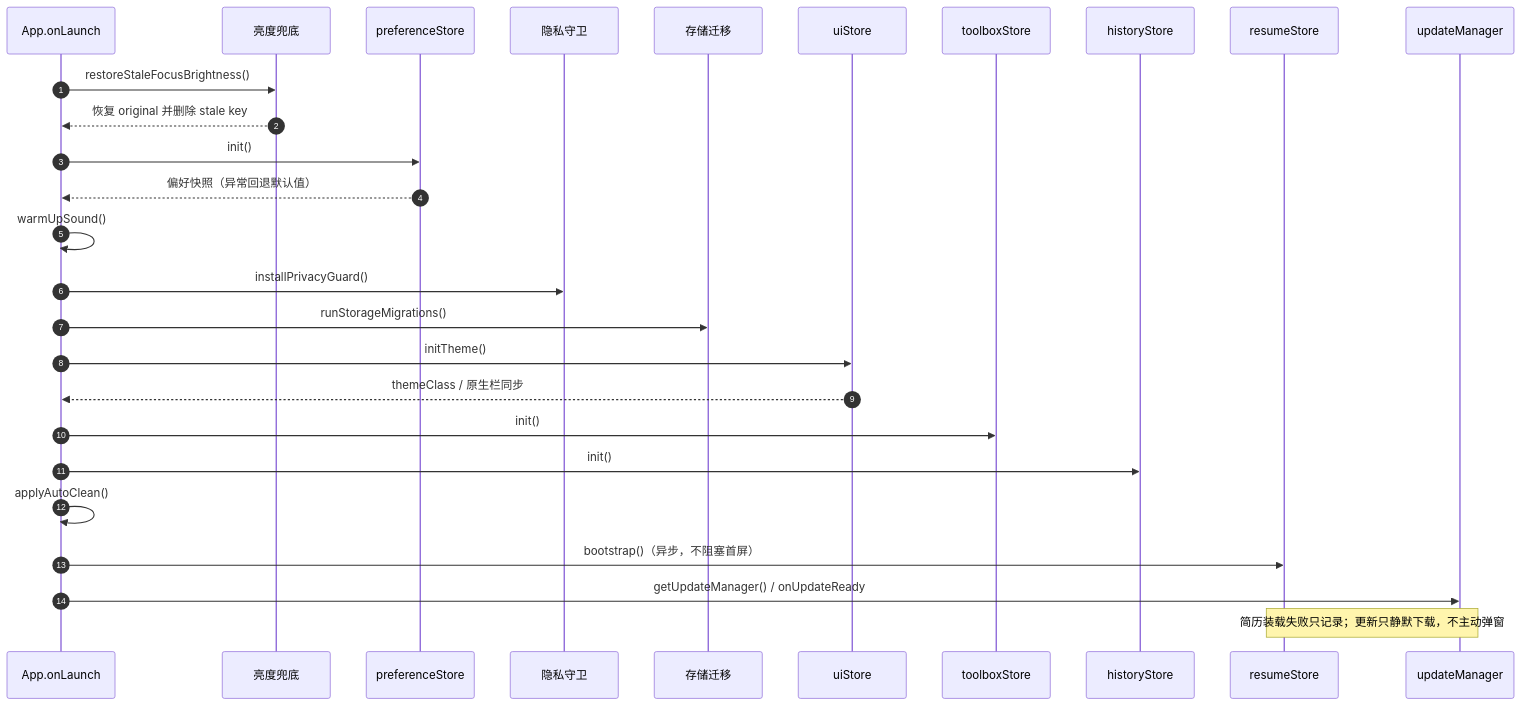
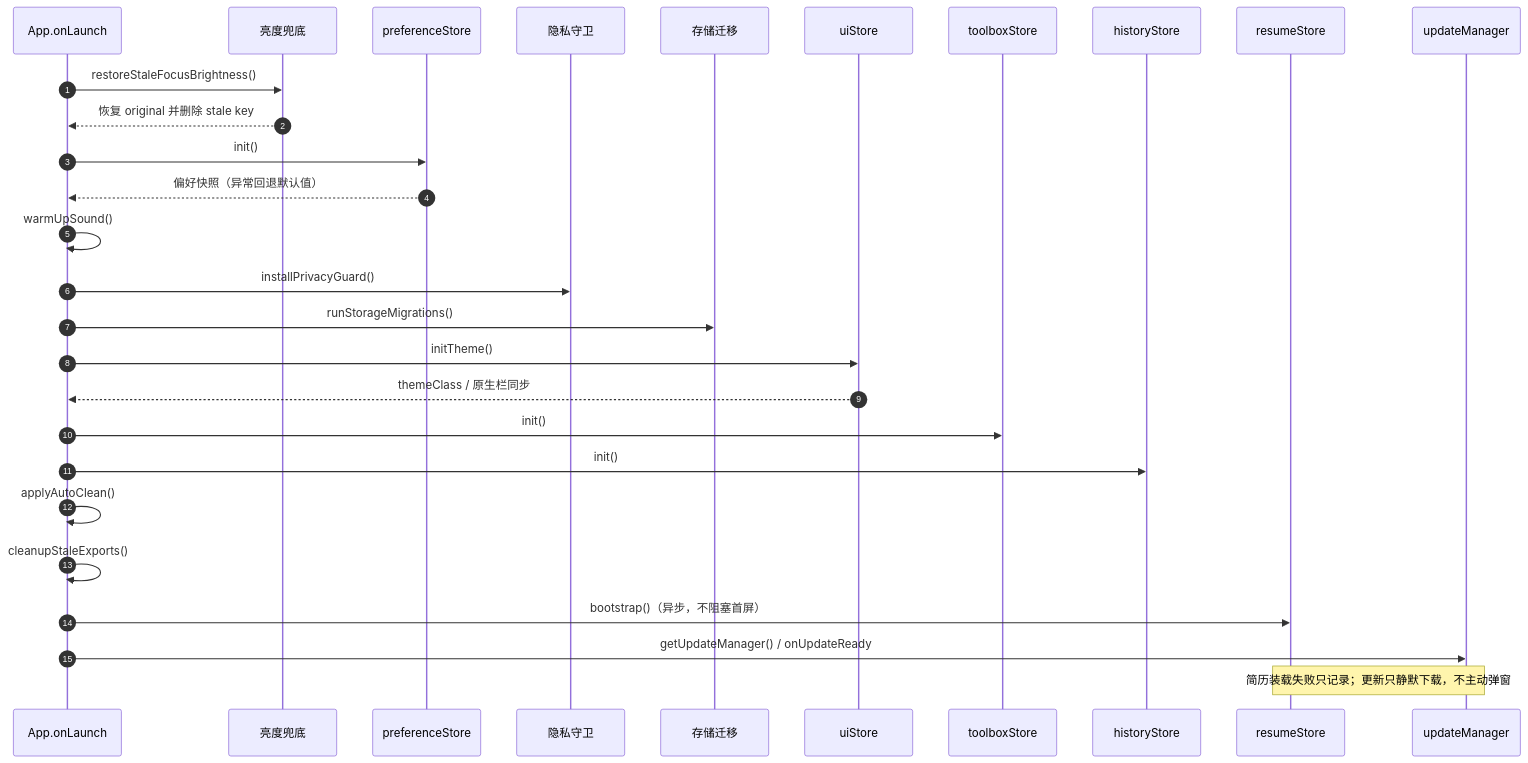
The third of 16 diagrams in CODE_WIKI.md (kkkh/super-happy), drawn with Mermaid before and after one commit. The commit also changed other lines of this file and 9 other files, not shown here.

````diff
--- a/CODE_WIKI.md
+++ b/CODE_WIKI.md
@@ -305,30 +306,31 @@
 ```mermaid
 sequenceDiagram
   autonumber
   participant App as App.onLaunch
   participant Bright as 亮度兜底
   participant Pref as preferenceStore
   participant Privacy as 隐私守卫
   participant Mig as 存储迁移
   participant UI as uiStore
   participant TB as toolboxStore
   participant HIS as historyStore
   participant RES as resumeStore
   participant UPD as updateManager
 
   App->>Bright: restoreStaleFocusBrightness()
   Bright-->>App: 恢复 original 并删除 stale key
   App->>Pref: init()
   Pref-->>App: 偏好快照（异常回退默认值）
   App->>App: warmUpSound()
   App->>Privacy: installPrivacyGuard()
   App->>Mig: runStorageMigrations()
   App->>UI: initTheme()
   UI-->>App: themeClass / 原生栏同步
   App->>TB: init()
   App->>HIS: init()
   App->>App: applyAutoClean()
+  App->>App: cleanupStaleExports()
   App->>RES: bootstrap()（异步，不阻塞首屏）
   App->>UPD: getUpdateManager() / onUpdateReady
   Note over RES,UPD: 简历装载失败只记录；更新只静默下载，不主动弹窗
 ```
````
